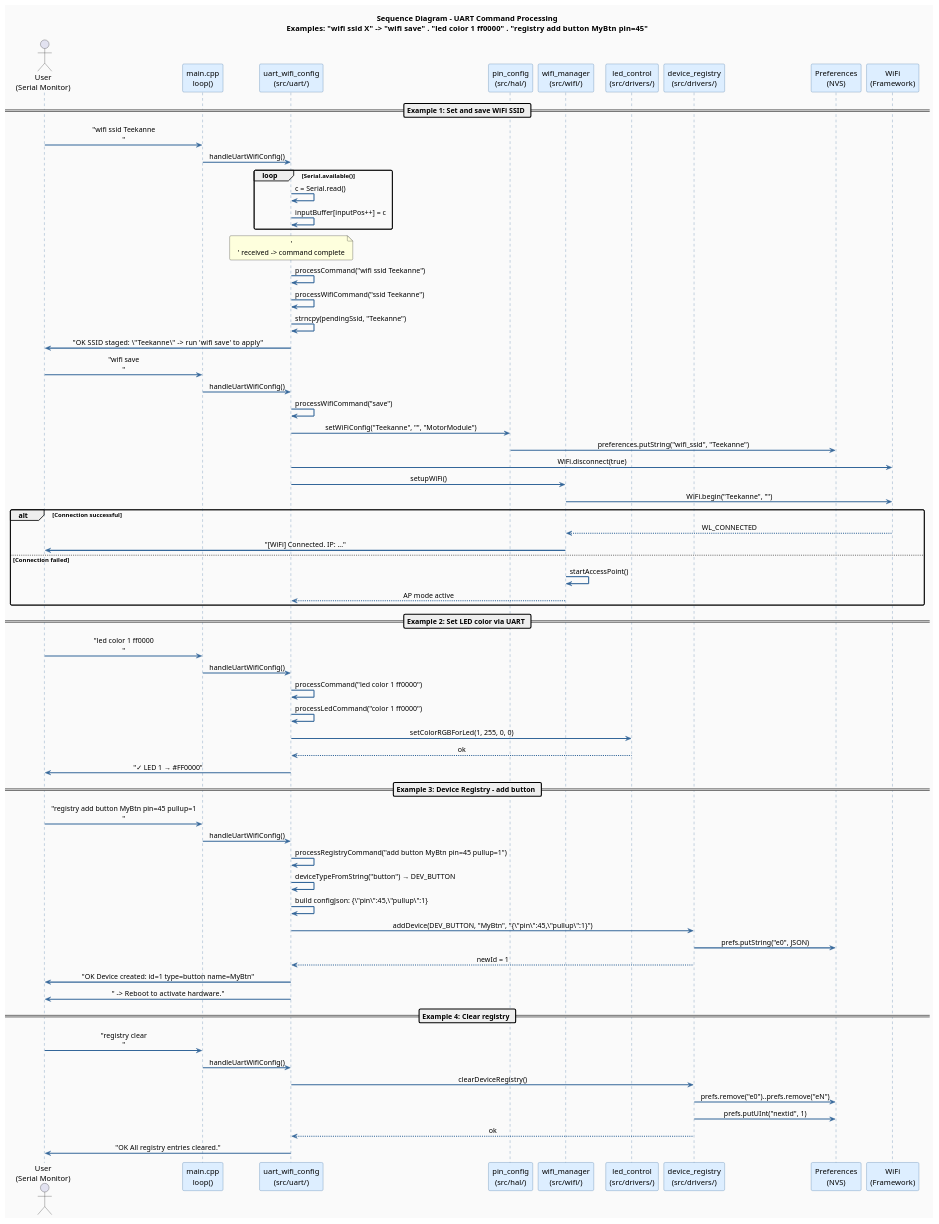
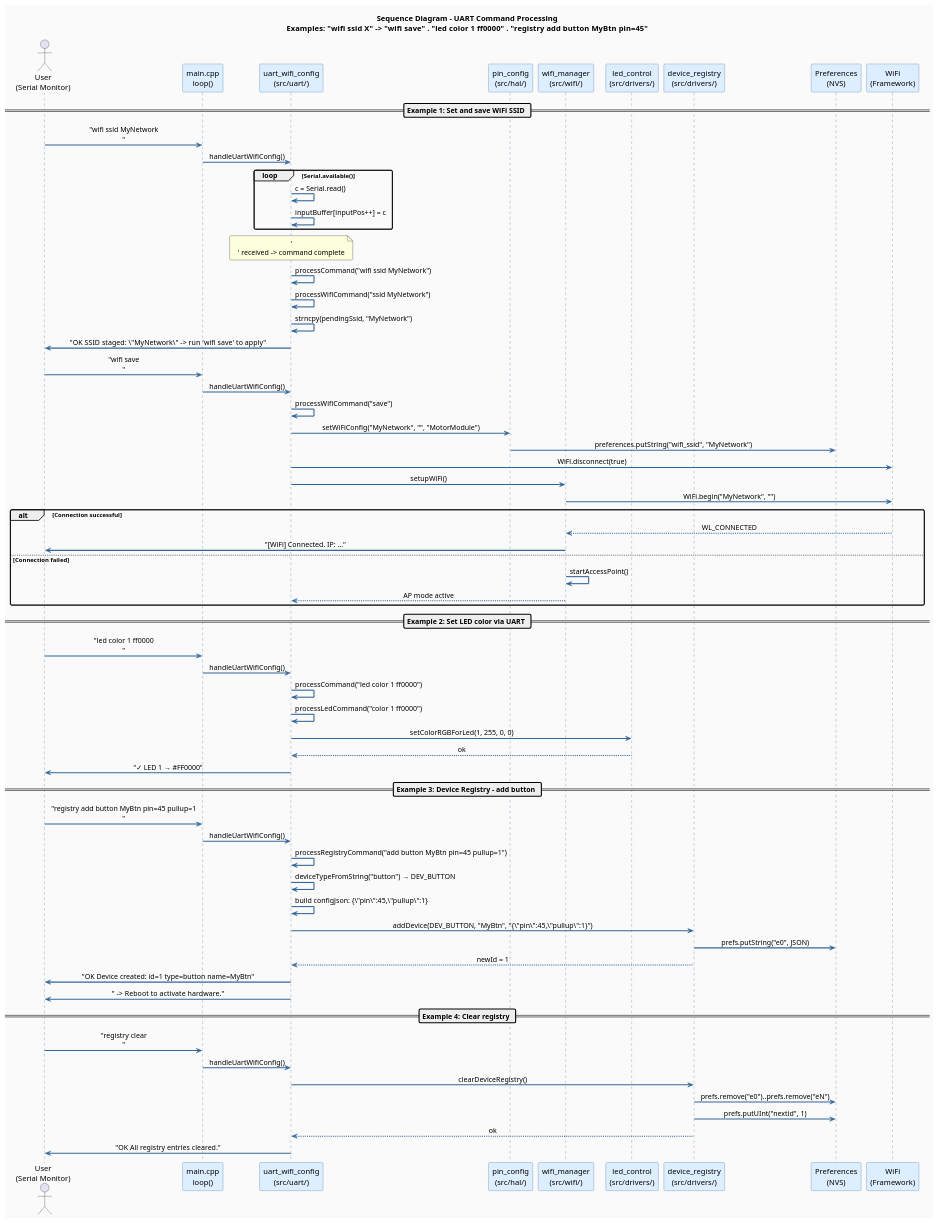
Before and after one commit to Nr44suessauer/D-ActorNode: the diagram in diagrams/04_seq_uart.puml, drawn with PlantUML. The commit also changed other lines of this file and 1 other file, not shown here.

```diff
--- a/diagrams/04_seq_uart.puml
+++ b/diagrams/04_seq_uart.puml
@@ -1,90 +1,90 @@
 @startuml 04_Sequenz_UART
 skinparam sequenceArrowThickness 2
 skinparam roundcorner 5
 skinparam sequenceParticipantBorderColor #336699
 skinparam sequenceParticipantBackgroundColor #DDEEFF
 skinparam sequenceLifeLineBorderColor #336699
 skinparam BackgroundColor #FAFAFA
 skinparam ArrowColor #336699
 skinparam defaultTextAlignment center
 
 title Sequence Diagram – UART Command Processing\nExamples: "wifi ssid X" -> "wifi save"  .  "led color 1 ff0000"  .  "registry add button MyBtn pin=45"
 
 actor "User\n(Serial Monitor)" as USER
 participant "main.cpp\nloop()" as MAIN
 participant "uart_wifi_config\n(src/uart/)" as UART
 participant "pin_config\n(src/hal/)" as PIN
 participant "wifi_manager\n(src/wifi/)" as WIFI
 participant "led_control\n(src/drivers/)" as LED
 participant "device_registry\n(src/drivers/)" as DEVREG
 participant "Preferences\n(NVS)" as NVS
 participant "WiFi\n(Framework)" as WIFIFW
 
 == Example 1: Set and save WiFi SSID ==
 
-USER -> MAIN  : "wifi ssid Teekanne\n"
+USER -> MAIN  : "wifi ssid MyNetwork\n"
 MAIN -> UART  : handleUartWifiConfig()
 
 loop Serial.available()
     UART -> UART : c = Serial.read()
     UART -> UART : inputBuffer[inputPos++] = c
 end
 
 note over UART : '\n' received -> command complete
 
-UART -> UART   : processCommand("wifi ssid Teekanne")
-UART -> UART   : processWifiCommand("ssid Teekanne")
-UART -> UART   : strncpy(pendingSsid, "Teekanne")
-UART -> USER   : "OK SSID staged: \"Teekanne\"  ->  run 'wifi save' to apply"
+UART -> UART   : processCommand("wifi ssid MyNetwork")
+UART -> UART   : processWifiCommand("ssid MyNetwork")
+UART -> UART   : strncpy(pendingSsid, "MyNetwork")
+UART -> USER   : "OK SSID staged: \"MyNetwork\"  ->  run 'wifi save' to apply"
 
 USER -> MAIN  : "wifi save\n"
 MAIN -> UART  : handleUartWifiConfig()
 UART -> UART  : processWifiCommand("save")
-UART -> PIN   : setWiFiConfig("Teekanne", "", "MotorModule")
-PIN  -> NVS   : preferences.putString("wifi_ssid", "Teekanne")
+UART -> PIN   : setWiFiConfig("MyNetwork", "", "MotorModule")
+PIN  -> NVS   : preferences.putString("wifi_ssid", "MyNetwork")
 UART -> WIFIFW : WiFi.disconnect(true)
 UART -> WIFI   : setupWiFi()
-WIFI -> WIFIFW : WiFi.begin("Teekanne", "")
+WIFI -> WIFIFW : WiFi.begin("MyNetwork", "")
 
 alt Connection successful
     WIFIFW --> WIFI : WL_CONNECTED
     WIFI -> USER    : "[WiFi] Connected. IP: ..."
 else Connection failed
     WIFI -> WIFI    : startAccessPoint()
     WIFI --> UART   : AP mode active
 end
 
 == Example 2: Set LED color via UART ==
 
 USER -> MAIN  : "led color 1 ff0000\n"
 MAIN -> UART  : handleUartWifiConfig()
 UART -> UART  : processCommand("led color 1 ff0000")
 UART -> UART  : processLedCommand("color 1 ff0000")
 UART -> LED   : setColorRGBForLed(1, 255, 0, 0)
 LED  --> UART : ok
 UART -> USER  : "✓ LED 1 → #FF0000"
 
 == Example 3: Device Registry – add button ==
 
 USER -> MAIN   : "registry add button MyBtn pin=45 pullup=1\n"
 MAIN -> UART   : handleUartWifiConfig()
 UART -> UART   : processRegistryCommand("add button MyBtn pin=45 pullup=1")
 UART -> UART   : deviceTypeFromString("button") → DEV_BUTTON
 UART -> UART   : build configJson: {\"pin\":45,\"pullup\":1}
 UART -> DEVREG : addDevice(DEV_BUTTON, "MyBtn", "{\"pin\":45,\"pullup\":1}")
 DEVREG -> NVS  : prefs.putString("e0", JSON)
 DEVREG --> UART : newId = 1
 UART -> USER   : "OK Device created: id=1 type=button name=MyBtn"
 UART -> USER   : "  -> Reboot to activate hardware."
 
 == Example 4: Clear registry ==
 
 USER -> MAIN   : "registry clear\n"
 MAIN -> UART   : handleUartWifiConfig()
 UART -> DEVREG : clearDeviceRegistry()
 DEVREG -> NVS  : prefs.remove("e0")..prefs.remove("eN")
 DEVREG -> NVS  : prefs.putUInt("nextid", 1)
 DEVREG --> UART : ok
 UART -> USER   : "OK All registry entries cleared."
 
 @enduml
```
